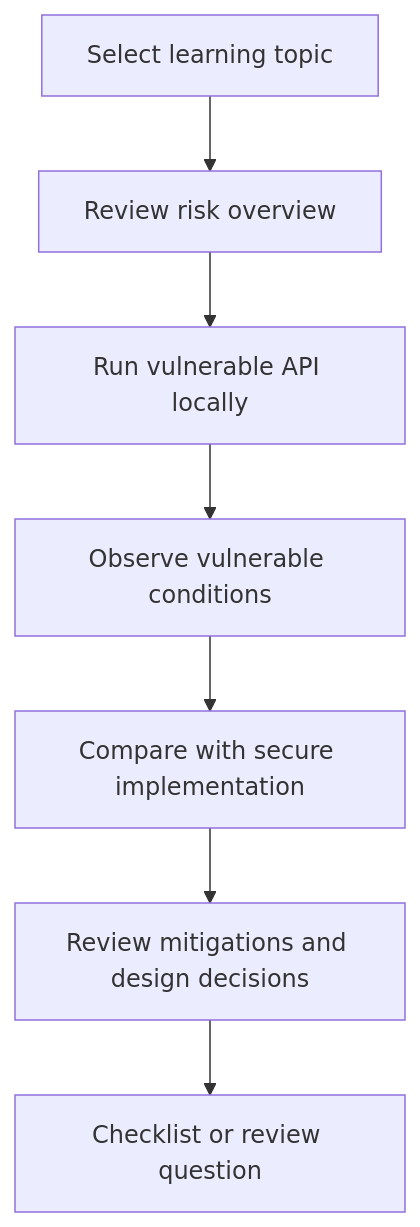
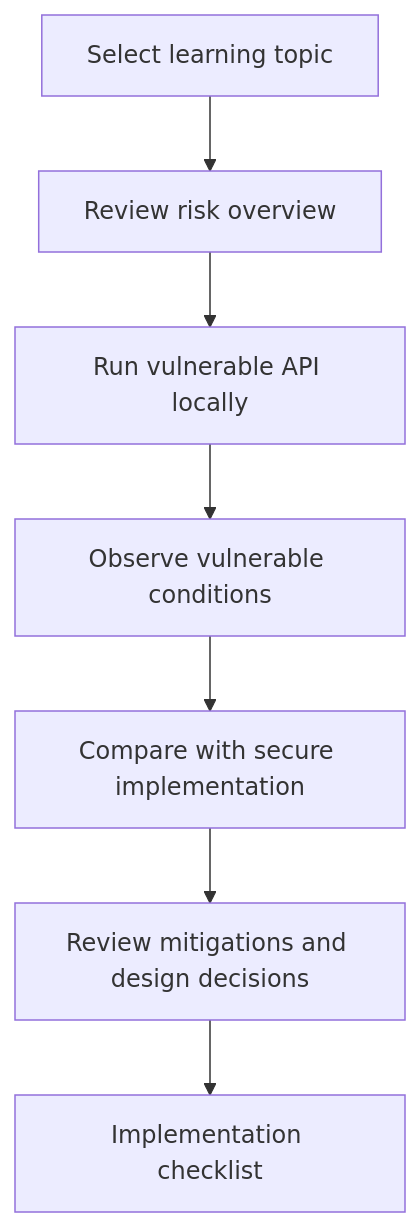
One commit to kiryu1211/api-security-lab-platform changed the diagram in docs/proposal.en.md. Above: the diagram before and after it, drawn with Mermaid. The commit also changed other lines of this file and 10 other files, not shown here.

````diff
--- a/docs/proposal.en.md
+++ b/docs/proposal.en.md
@@ -30,9 +37,9 @@
 ```mermaid
 flowchart TD
     A[Select learning topic] --> B[Review risk overview]
     B --> C[Run vulnerable API locally]
     C --> D[Observe vulnerable conditions]
     D --> E[Compare with secure implementation]
     E --> F[Review mitigations and design decisions]
-    F --> G[Checklist or review question]
+    F --> G[Implementation checklist]
 ```
````
